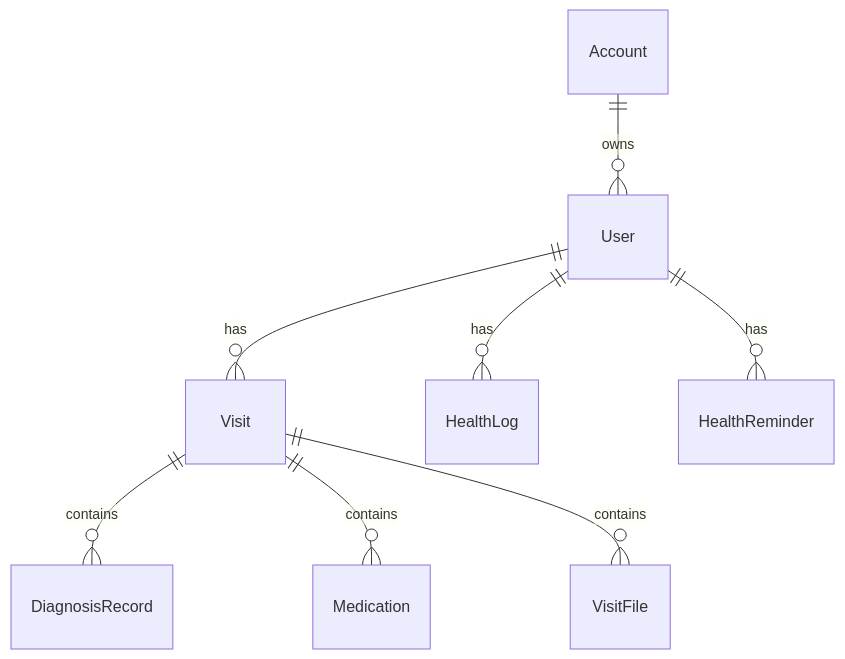
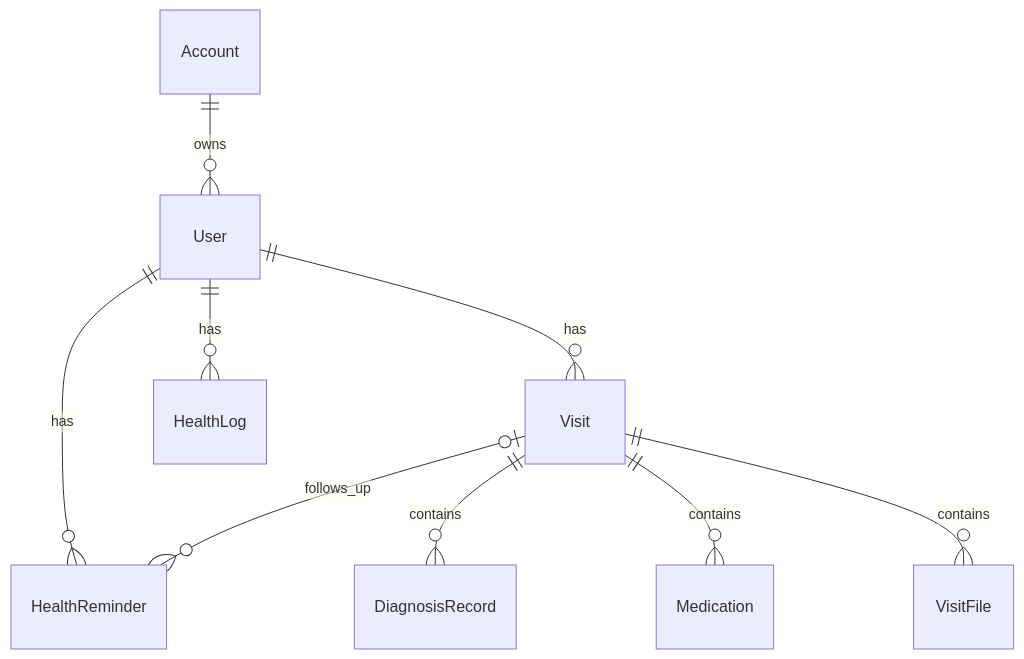
The seventh of 8 diagrams in docs/ARCHITECTURE.md (ayxixi/medical-system), drawn with Mermaid before and after one commit. The commit also changed other lines of this file and 22 other files, not shown here.

````diff
--- a/docs/ARCHITECTURE.md
+++ b/docs/ARCHITECTURE.md
@@ -476,10 +478,11 @@
 ```mermaid
 erDiagram
   Account ||--o{ User : owns
   User ||--o{ Visit : has
   User ||--o{ HealthLog : has
   User ||--o{ HealthReminder : has
+  Visit o|--o{ HealthReminder : follows_up
   Visit ||--o{ DiagnosisRecord : contains
   Visit ||--o{ Medication : contains
   Visit ||--o{ VisitFile : contains
 ```
````
